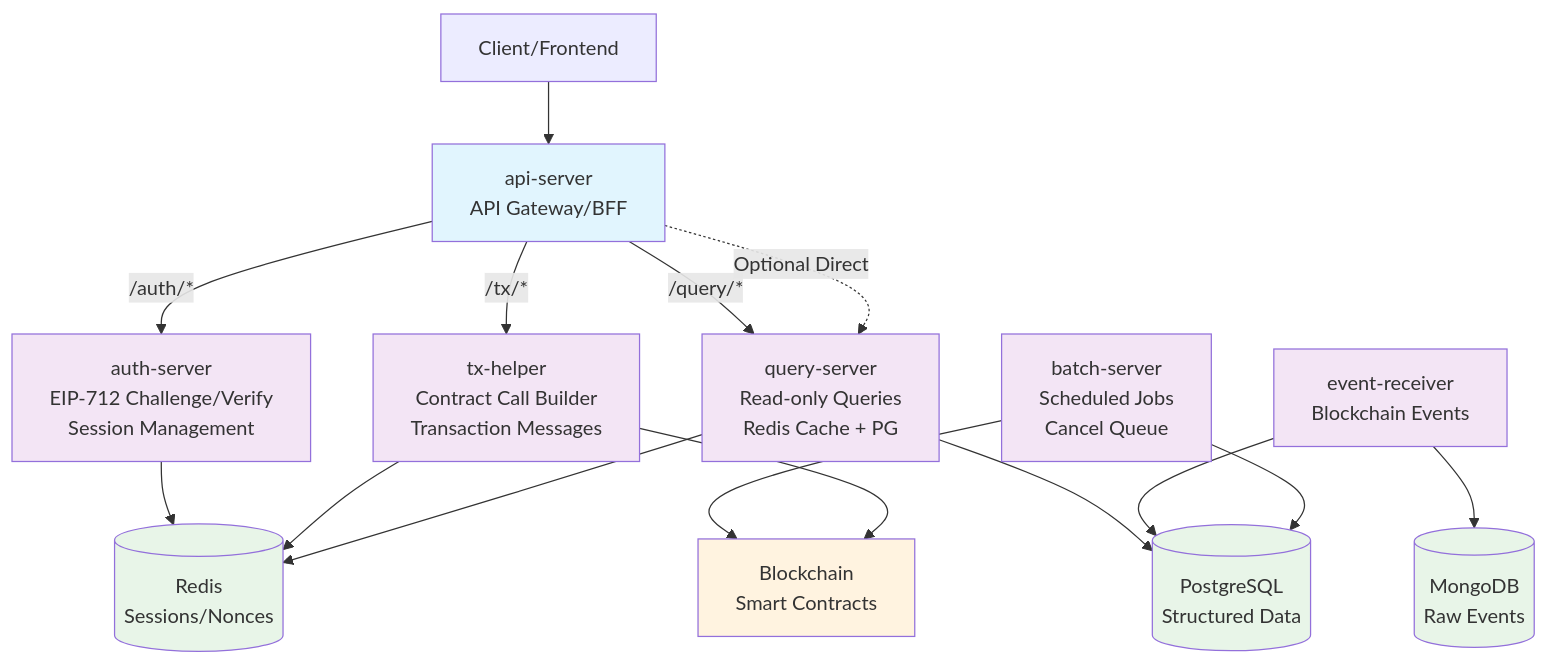
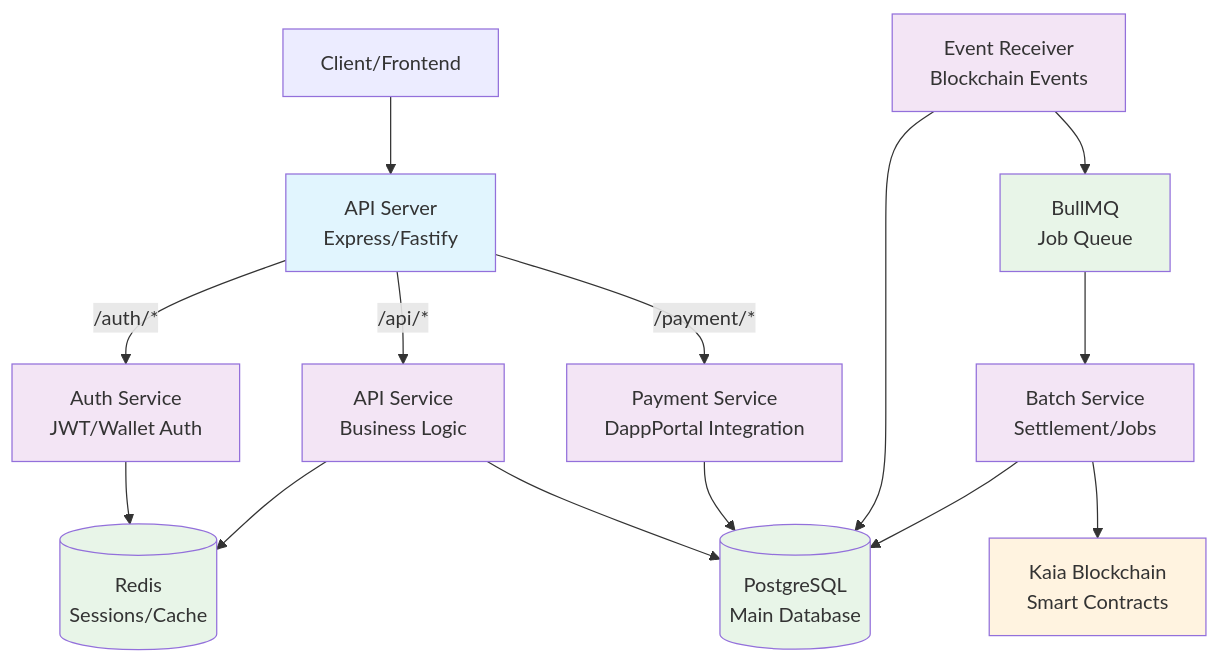
Before and after one commit to procatstler/Reserve-to-save-backend: the first of 2 diagrams in README.md, drawn with Mermaid. The commit also changed other lines of this file and 55 other files, not shown here.

````diff
--- a/README.md
+++ b/README.md
@@ -3,34 +43,31 @@
 ```mermaid
 graph TD;
-Client[Client/Frontend] --> Gateway[api-server<br/>API Gateway/BFF]
+Client[Client/Frontend] --> Gateway[API Server<br/>Express/Fastify]
 
-Gateway -->|/auth/*| Auth[auth-server<br/>EIP-712 Challenge/Verify<br/>Session Management]
-Gateway -->|/tx/*| TxHelper[tx-helper<br/>Contract Call Builder<br/>Transaction Messages]
-Gateway -->|/query/*| Query[query-server<br/>Read-only Queries<br/>Redis Cache + PG]
+Gateway -->|/auth/*| Auth[Auth Service<br/>JWT/Wallet Auth]
+Gateway -->|/api/*| API[API Service<br/>Business Logic]
+Gateway -->|/payment/*| Payment[Payment Service<br/>DappPortal Integration]
 
-Auth --> Redis[(Redis<br/>Sessions/Nonces)]
-TxHelper --> Redis
-Query --> Redis
-Query --> PG[(PostgreSQL<br/>Structured Data)]
+Auth --> Redis[(Redis<br/>Sessions/Cache)]
+API --> Redis
+Payment --> PG[(PostgreSQL<br/>Main Database)]
+API --> PG
 
-EventReceiver[event-receiver<br/>Blockchain Events] --> Mongo[(MongoDB<br/>Raw Events)]
-EventReceiver --> PG
+EventReceiver[Event Receiver<br/>Blockchain Events] --> PG
+EventReceiver --> Queue[BullMQ<br/>Job Queue]
 
-Batch[batch-server<br/>Scheduled Jobs<br/>Cancel Queue] --> PG
-Batch --> Blockchain[Blockchain<br/>Smart Contracts]
+Batch[Batch Service<br/>Settlement/Jobs] --> PG
+Batch --> Blockchain[Kaia Blockchain<br/>Smart Contracts]
 
-TxHelper --> Blockchain
-
-Gateway -.->|Optional Direct| Query
+Queue --> Batch
 
 classDef gateway fill:#e1f5fe
 classDef service fill:#f3e5f5
 classDef database fill:#e8f5e8
 classDef blockchain fill:#fff3e0
 
 class Gateway gateway
-class Auth,TxHelper,Query,EventReceiver,Batch service
-class Redis,PG,Mongo database
+class Auth,API,Payment,EventReceiver,Batch service
+class Redis,PG,Queue database
 class Blockchain blockchain
-
 ```
````
